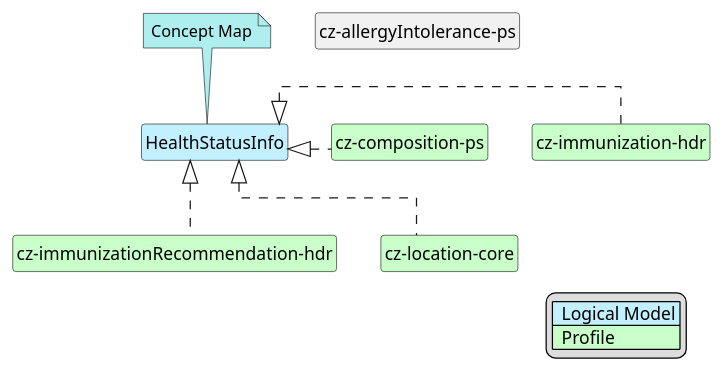
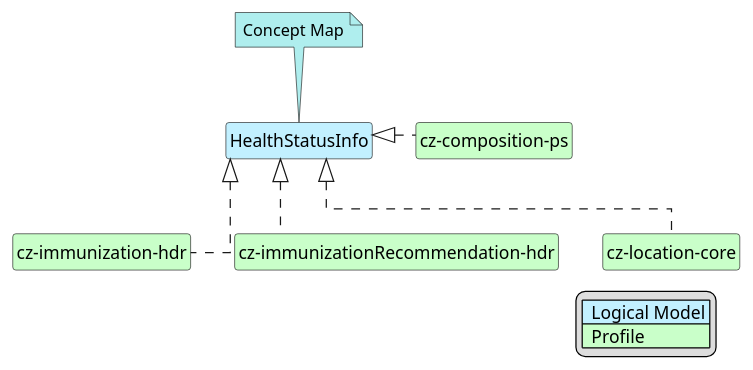
The diagram in input/images-source/PS_HealthStatusInfo-map.plantuml (HL7-cz/ps), drawn with PlantUML before and after one commit. The commit also changed 1 other file, not shown here.

Commit message:
fix platuml schema

```diff
--- a/input/images-source/PS_HealthStatusInfo-map.plantuml
+++ b/input/images-source/PS_HealthStatusInfo-map.plantuml
@@ -1,30 +1,33 @@
 @startuml PS_HealthStatusInfo-map
 hide circle
 hide stereotype
 hide members
 hide methods
 skinparam linetype ortho
 skinparam class {
 BackgroundColor<<LogicalModel>> #APPLICATION
 BackgroundColor<<Profile>> #TECHNOLOGY
 }
 legend right
 | <#APPLICATION>  Logical Model |
 | <#TECHNOLOGY>  Profile |
 endlegend
 class "HealthStatusInfo" <<LogicalModel>> [[StructureDefinition-LogHealthStatusInfoCz.html]]
 note top #PaleTurquoise [[ConceptMap-HealthStatusInfo2FHIR-cz-ps.html]]
 Concept Map
 endnote
+class "cz-composition-ps" <<Profile>> [[StructureDefinition-cz-composition-ps.html]]
 class "cz-immunization-hdr" <<Profile>> [[StructureDefinition-cz-immunization-hdr.html]]
+class "cz-immunizationRecommendation-hdr" <<Profile>> [[StructureDefinition-cz-immunizationRecommendation-hdr.html]]
+class "cz-location-core" <<Profile>> [[StructureDefinition-cz-location-core.html]]
+
+"HealthStatusInfo" <|. "cz-composition-ps"
 "HealthStatusInfo" <|. "cz-immunization-hdr"
-class "cz-composition-ps" <<Profile>> [[StructureDefinition-cz-composition-ps.html]]
-"HealthStatusInfo" <|. "cz-composition-ps"
-"cz-allergyIntolerance-ps" -d[hidden]-> "cz-composition-ps"
-class "cz-immunizationRecommendation-hdr" <<Profile>> [[StructureDefinition-cz-immunizationRecommendation-hdr.html]]
 "HealthStatusInfo" <|. "cz-immunizationRecommendation-hdr"
+"HealthStatusInfo" <|. "cz-location-core"
+
+"HealthStatusInfo" -d[hidden]-> "cz-composition-ps"
+"cz-composition-ps" -d[hidden]-> "cz-immunization-hdr"
 "cz-composition-ps" -d[hidden]-> "cz-immunizationRecommendation-hdr"
-class "cz-location-core" <<Profile>> [[StructureDefinition-cz-location-core.html]]
-"HealthStatusInfo" <|. "cz-location-core"
 "cz-composition-ps" -d[hidden]-> "cz-location-core"
 @enduml
```
